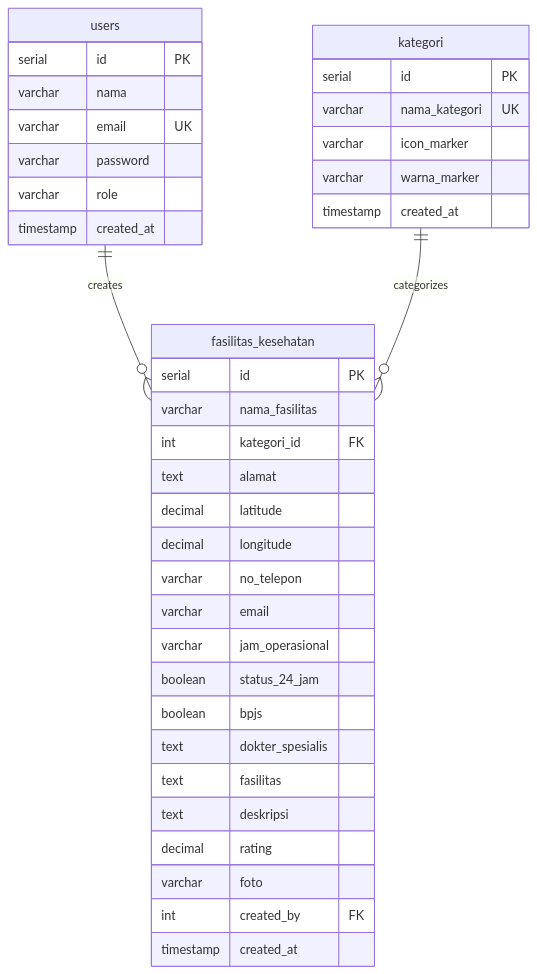
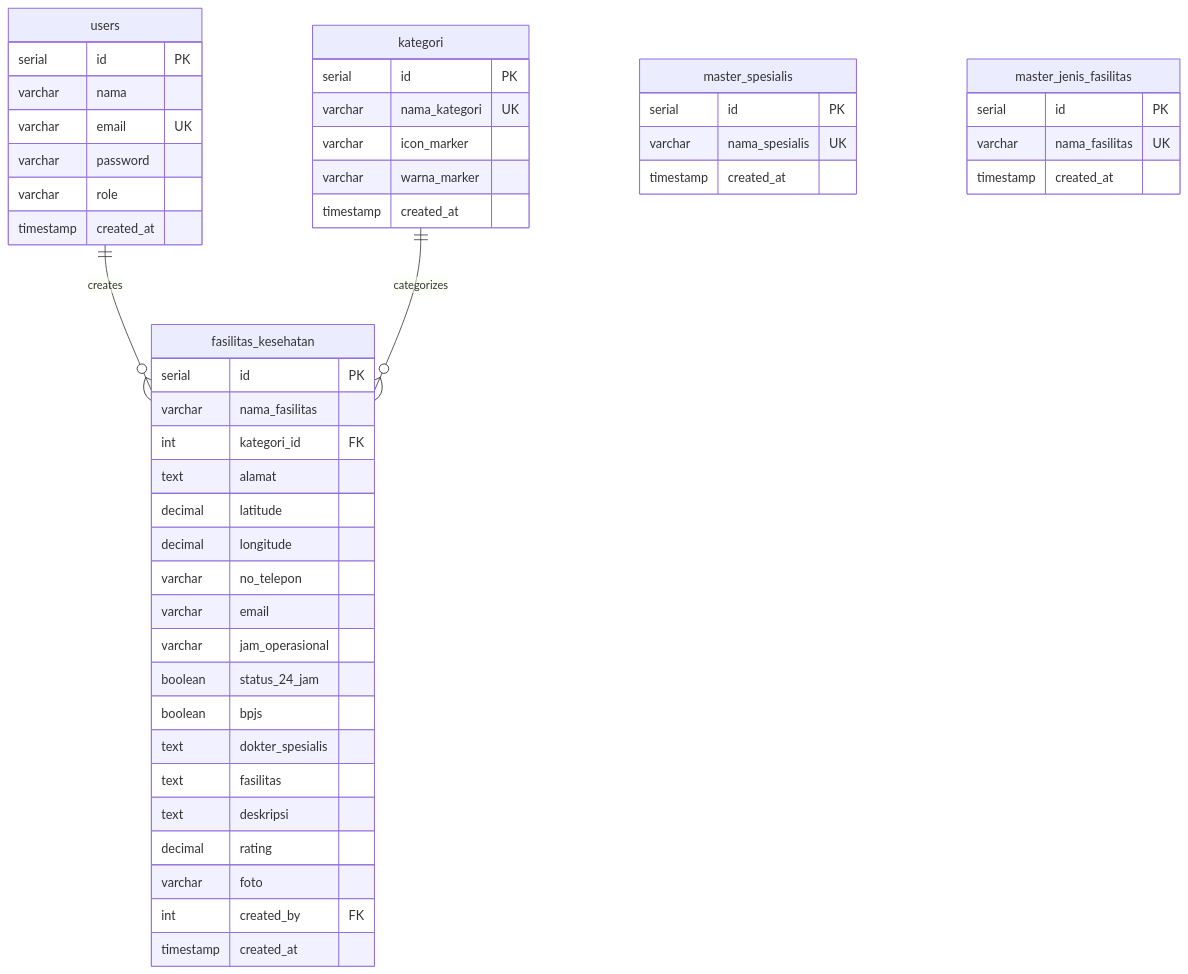
The diagram in docs/05-DATABASE-SCHEMA.md (IvanWinataa/sig-peta), drawn with Mermaid before and after one commit. The commit also changed other lines of this file and 3 other files, not shown here.

````diff
--- a/docs/05-DATABASE-SCHEMA.md
+++ b/docs/05-DATABASE-SCHEMA.md
@@ -12,43 +12,55 @@
 ```mermaid
 erDiagram
   users ||--o{ fasilitas_kesehatan : creates
   kategori ||--o{ fasilitas_kesehatan : categorizes
+
+  master_spesialis {
+    serial id PK
+    varchar nama_spesialis UK
+    timestamp created_at
+  }
+
+  master_jenis_fasilitas {
+    serial id PK
+    varchar nama_fasilitas UK
+    timestamp created_at
+  }
 
   users {
     serial id PK
     varchar nama
     varchar email UK
     varchar password
     varchar role
     timestamp created_at
   }
 
   kategori {
     serial id PK
     varchar nama_kategori UK
     varchar icon_marker
     varchar warna_marker
     timestamp created_at
   }
 
   fasilitas_kesehatan {
     serial id PK
     varchar nama_fasilitas
     int kategori_id FK
     text alamat
     decimal latitude
     decimal longitude
     varchar no_telepon
     varchar email
     varchar jam_operasional
     boolean status_24_jam
     boolean bpjs
     text dokter_spesialis
     text fasilitas
     text deskripsi
     decimal rating
     varchar foto
     int created_by FK
     timestamp created_at
   }
 ```
````
